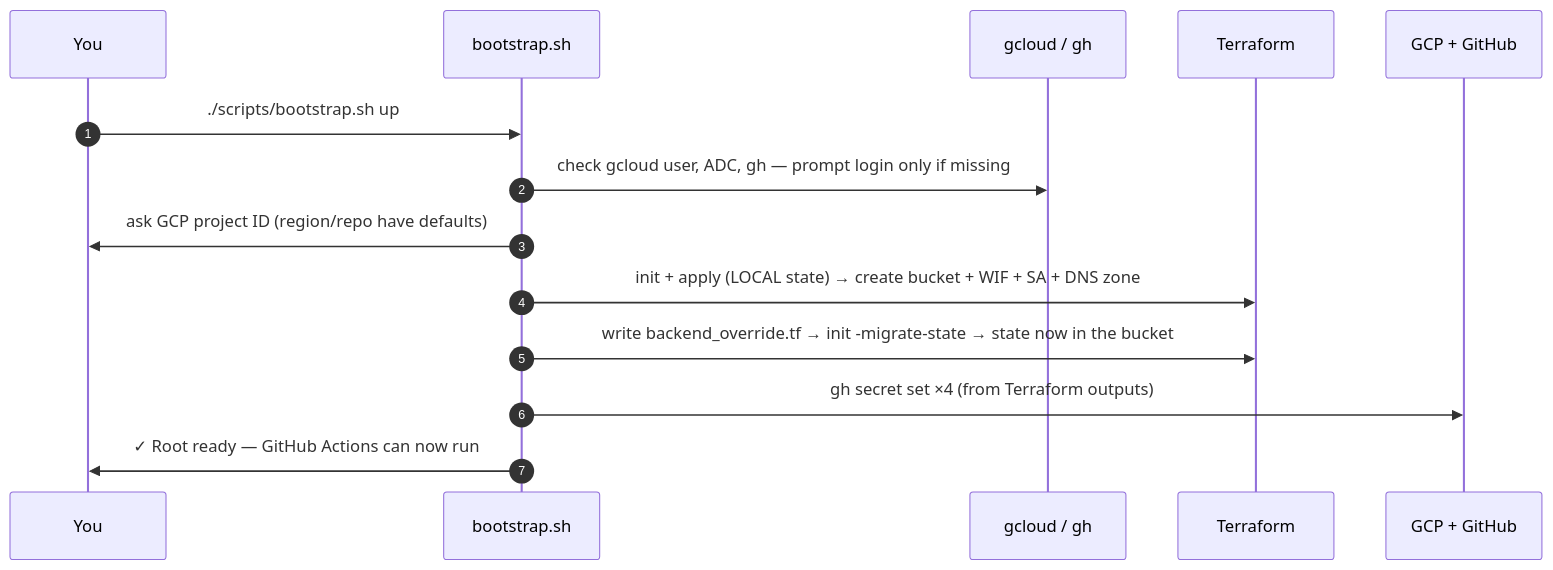
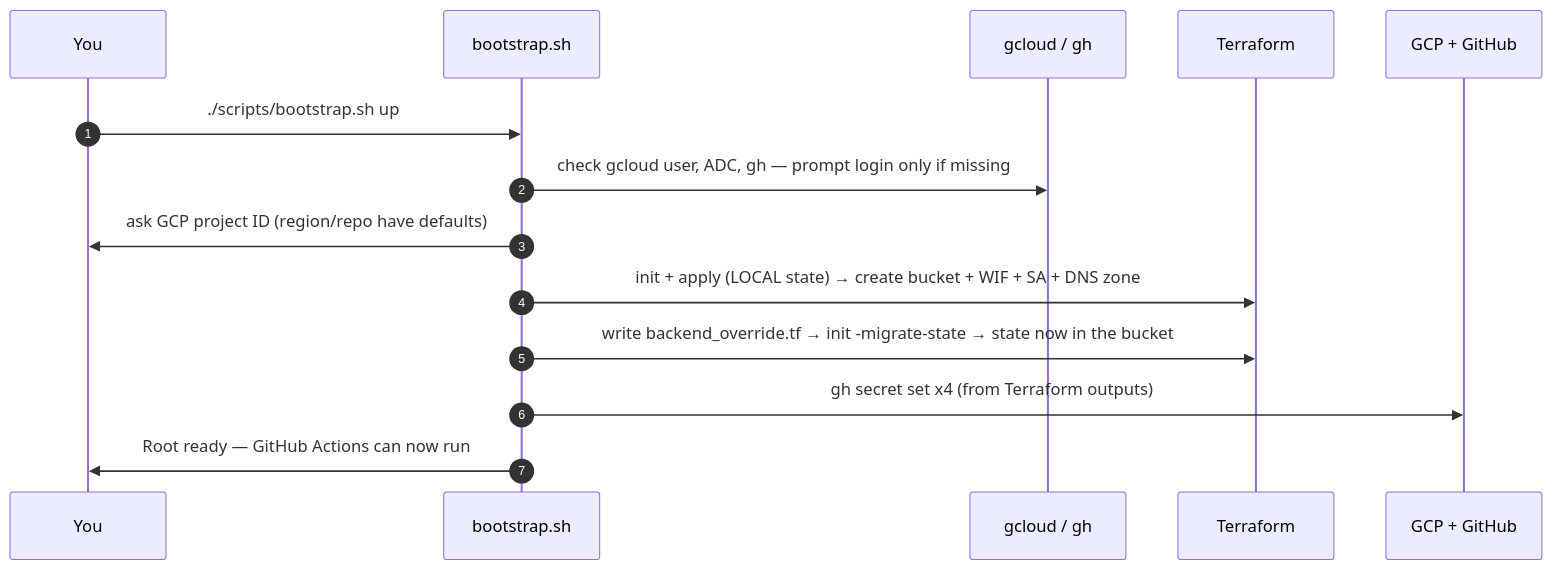
Before and after one commit to nubenetes/jenkins-2026: the fifth of 8 diagrams in docs/100-BOOTSTRAP.md, drawn with Mermaid. The commit also changed other lines of this file and 3 other files, not shown here.

First line of the commit message:
docs(100,102,501,502): newcomers/specialists + new collapsible Mermaid diagrams

````diff
--- a/docs/100-BOOTSTRAP.md
+++ b/docs/100-BOOTSTRAP.md
@@ -139,16 +195,16 @@
 ```mermaid
 sequenceDiagram
     autonumber
     participant U as You
     participant S as bootstrap.sh
     participant G as gcloud / gh
     participant T as Terraform
     participant C as GCP + GitHub
     U->>S: ./scripts/bootstrap.sh up
     S->>G: check gcloud user, ADC, gh — prompt login only if missing
     S->>U: ask GCP project ID (region/repo have defaults)
     S->>T: init + apply (LOCAL state) → create bucket + WIF + SA + DNS zone
     S->>T: write backend_override.tf → init -migrate-state → state now in the bucket
-    S->>C: gh secret set ×4 (from Terraform outputs)
-    S->>U: ✓ Root ready — GitHub Actions can now run
+    S->>C: gh secret set x4 (from Terraform outputs)
+    S->>U: Root ready — GitHub Actions can now run
 ```
````
